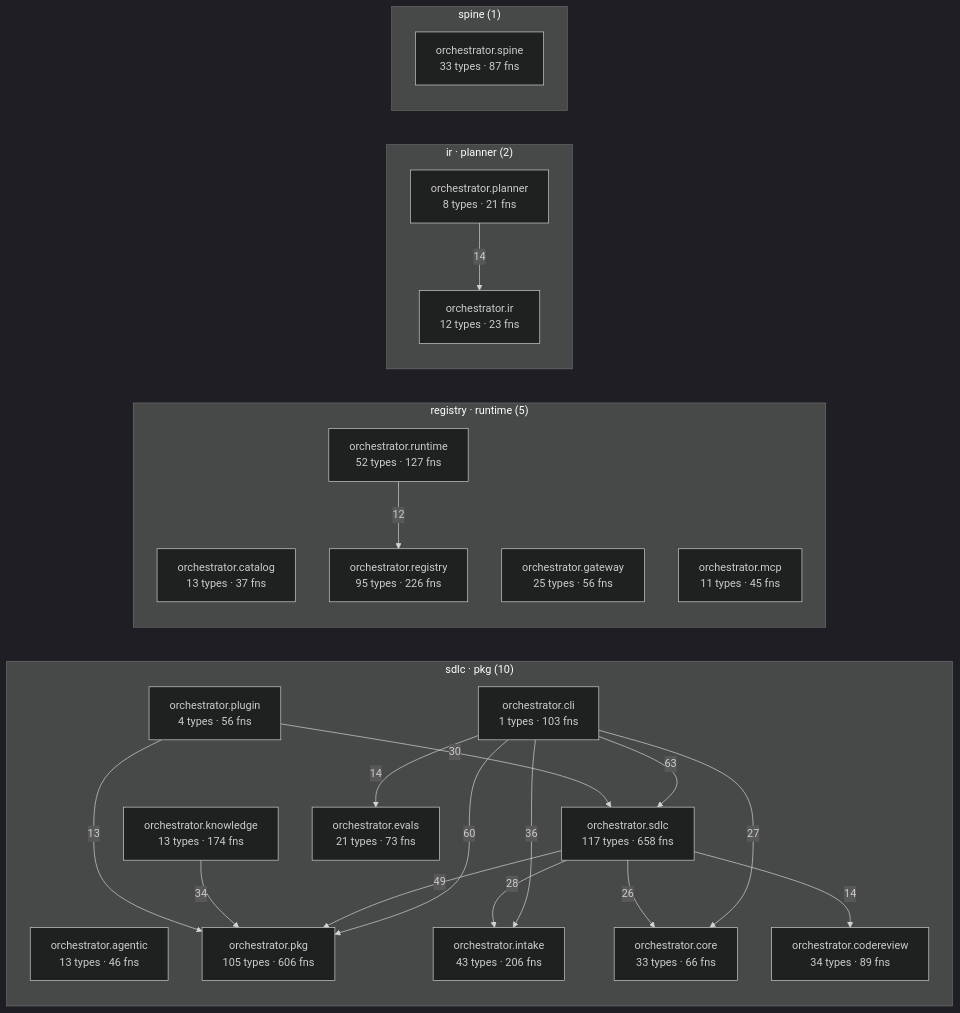
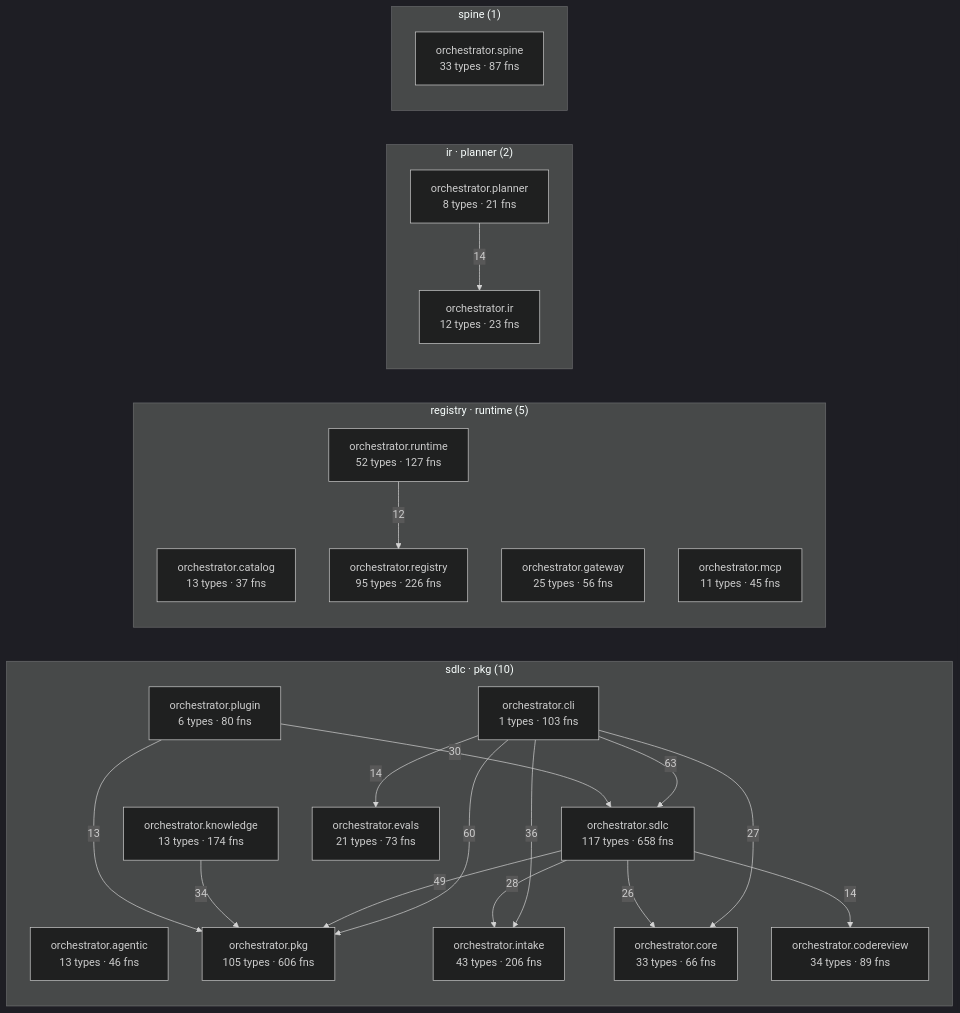
The diagram in episteme/architecture.md (synaptixs/spine), drawn with Mermaid (dark theme) before and after one commit. The commit also changed other lines of this file and 14 other files, not shown here.

````diff
--- a/episteme/architecture.md
+++ b/episteme/architecture.md
@@ -54,43 +54,43 @@
 ```mermaid
 flowchart LR
   subgraph c_2["sdlc · pkg (10)"]
     aorchestratoragentic["orchestrator.agentic<br/>13 types · 46 fns"]
     aorchestratorcli["orchestrator.cli<br/>1 types · 103 fns"]
     aorchestratorcodereview["orchestrator.codereview<br/>34 types · 89 fns"]
     aorchestratorcore["orchestrator.core<br/>33 types · 66 fns"]
     aorchestratorevals["orchestrator.evals<br/>21 types · 73 fns"]
     aorchestratorintake["orchestrator.intake<br/>43 types · 206 fns"]
     aorchestratorknowledge["orchestrator.knowledge<br/>13 types · 174 fns"]
     aorchestratorpkg["orchestrator.pkg<br/>105 types · 606 fns"]
-    aorchestratorplugin["orchestrator.plugin<br/>4 types · 56 fns"]
+    aorchestratorplugin["orchestrator.plugin<br/>6 types · 80 fns"]
     aorchestratorsdlc["orchestrator.sdlc<br/>117 types · 658 fns"]
   end
   subgraph c_4["registry · runtime (5)"]
     aorchestratorcatalog["orchestrator.catalog<br/>13 types · 37 fns"]
     aorchestratorgateway["orchestrator.gateway<br/>25 types · 56 fns"]
     aorchestratormcp["orchestrator.mcp<br/>11 types · 45 fns"]
     aorchestratorregistry["orchestrator.registry<br/>95 types · 226 fns"]
     aorchestratorruntime["orchestrator.runtime<br/>52 types · 127 fns"]
   end
   subgraph c_6["ir · planner (2)"]
     aorchestratorir["orchestrator.ir<br/>12 types · 23 fns"]
     aorchestratorplanner["orchestrator.planner<br/>8 types · 21 fns"]
   end
   subgraph c_9["spine (1)"]
     aorchestratorspine["orchestrator.spine<br/>33 types · 87 fns"]
   end
   aorchestratorcli -->|63| aorchestratorsdlc
   aorchestratorcli -->|60| aorchestratorpkg
   aorchestratorsdlc -->|49| aorchestratorpkg
   aorchestratorcli -->|36| aorchestratorintake
   aorchestratorknowledge -->|34| aorchestratorpkg
   aorchestratorplugin -->|30| aorchestratorsdlc
   aorchestratorsdlc -->|28| aorchestratorintake
   aorchestratorcli -->|27| aorchestratorcore
   aorchestratorsdlc -->|26| aorchestratorcore
   aorchestratorcli -->|14| aorchestratorevals
   aorchestratorplanner -->|14| aorchestratorir
   aorchestratorsdlc -->|14| aorchestratorcodereview
   aorchestratorplugin -->|13| aorchestratorpkg
   aorchestratorruntime -->|12| aorchestratorregistry
 ```
````
